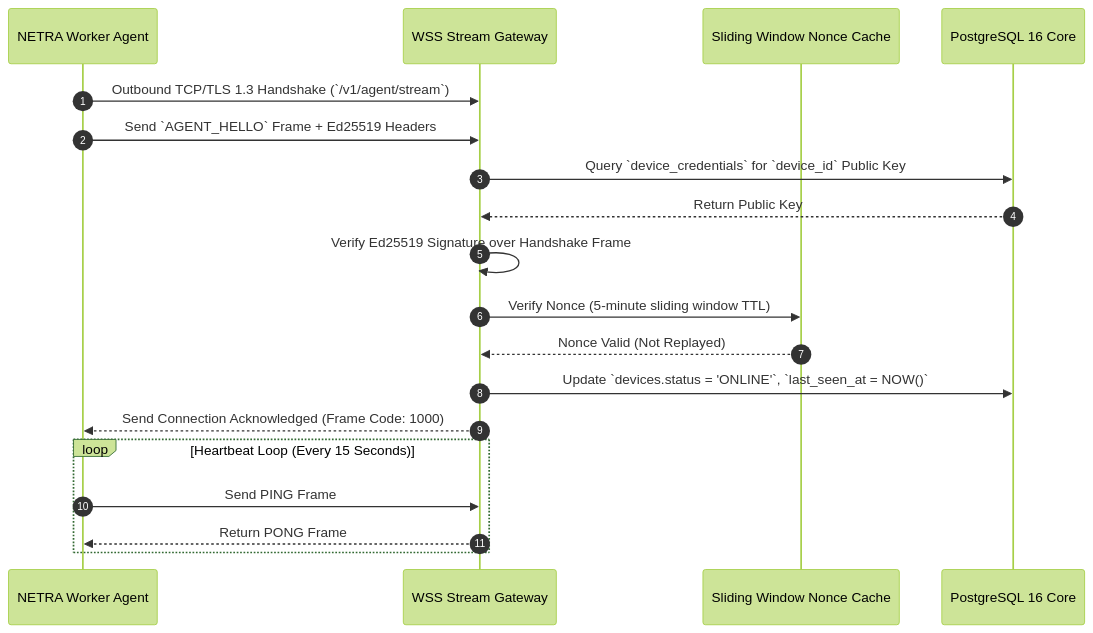
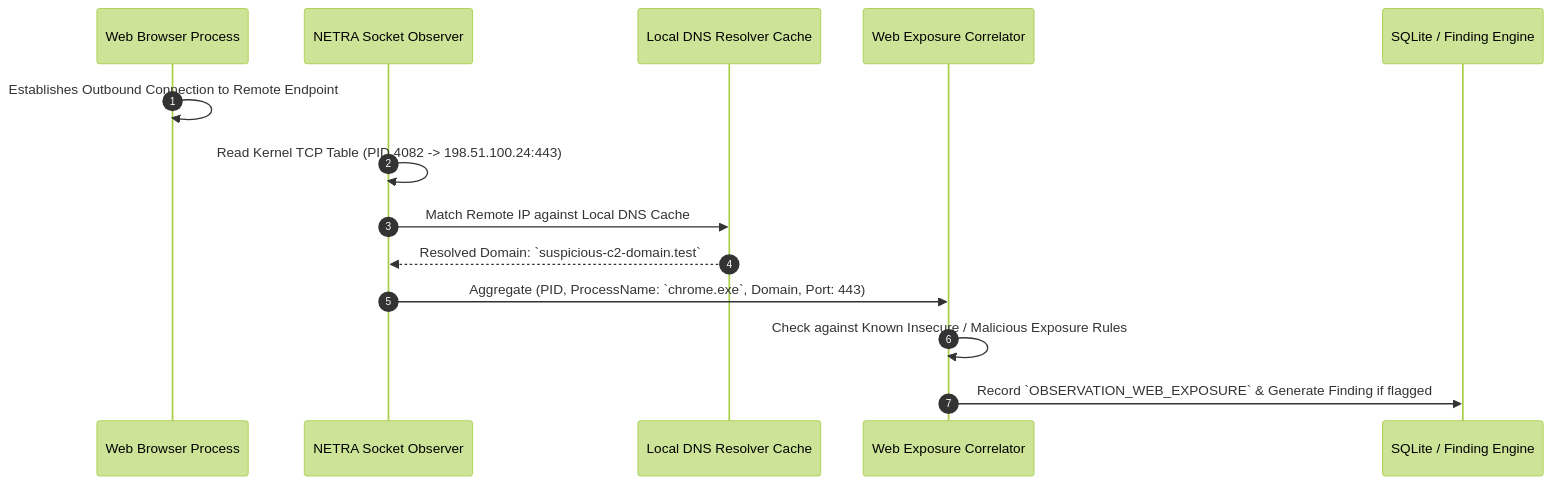
The seventh of 13 diagrams in docs/SYSTEM_DESIGN.md (Subhadip-Paul2006/NETRA-Backend), drawn with Mermaid (forest theme) before and after one commit. The commit also changed other lines of this file and 15 other files, not shown here.

Commit message:
docs: establish authoritative open-source academic architecture & technical specification suite

````diff
--- a/docs/SYSTEM_DESIGN.md
+++ b/docs/SYSTEM_DESIGN.md
@@ -101,23 +260,17 @@
 ```mermaid
 sequenceDiagram
     autonumber
-    participant Agent as NETRA Worker Agent
-    participant WSS as WSS Stream Gateway
-    participant Cache as Sliding Window Nonce Cache
-    participant DB as PostgreSQL 16 Core
+    participant Browser as Web Browser Process
+    participant SocketProbe as NETRA Socket Observer
+    participant DNSEngine as Local DNS Resolver Cache
+    participant Corr as Web Exposure Correlator
+    participant DB as SQLite / Finding Engine
 
-    Agent->>WSS: Outbound TCP/TLS 1.3 Handshake (`/v1/agent/stream`)
-    Agent->>WSS: Send `AGENT_HELLO` Frame + Ed25519 Headers
-    WSS->>DB: Query `device_credentials` for `device_id` Public Key
-    DB-->>WSS: Return Public Key
-    WSS->>WSS: Verify Ed25519 Signature over Handshake Frame
-    WSS->>Cache: Verify Nonce (5-minute sliding window TTL)
-    Cache-->>WSS: Nonce Valid (Not Replayed)
-    WSS->>DB: Update `devices.status = 'ONLINE'`, `last_seen_at = NOW()`
-    WSS-->>Agent: Send Connection Acknowledged (Frame Code: 1000)
-
-    loop Heartbeat Loop (Every 15 Seconds)
-        Agent->>WSS: Send PING Frame
-        WSS-->>Agent: Return PONG Frame
-    end
+    Browser->>Browser: Establishes Outbound Connection to Remote Endpoint
+    SocketProbe->>SocketProbe: Read Kernel TCP Table (PID 4082 -> 198.51.100.24:443)
+    SocketProbe->>DNSEngine: Match Remote IP against Local DNS Cache
+    DNSEngine-->>SocketProbe: Resolved Domain: `suspicious-c2-domain.test`
+    SocketProbe->>Corr: Aggregate (PID, ProcessName: `chrome.exe`, Domain, Port: 443)
+    Corr->>Corr: Check against Known Insecure / Malicious Exposure Rules
+    Corr->>DB: Record `OBSERVATION_WEB_EXPOSURE` & Generate Finding if flagged
 ```
````
